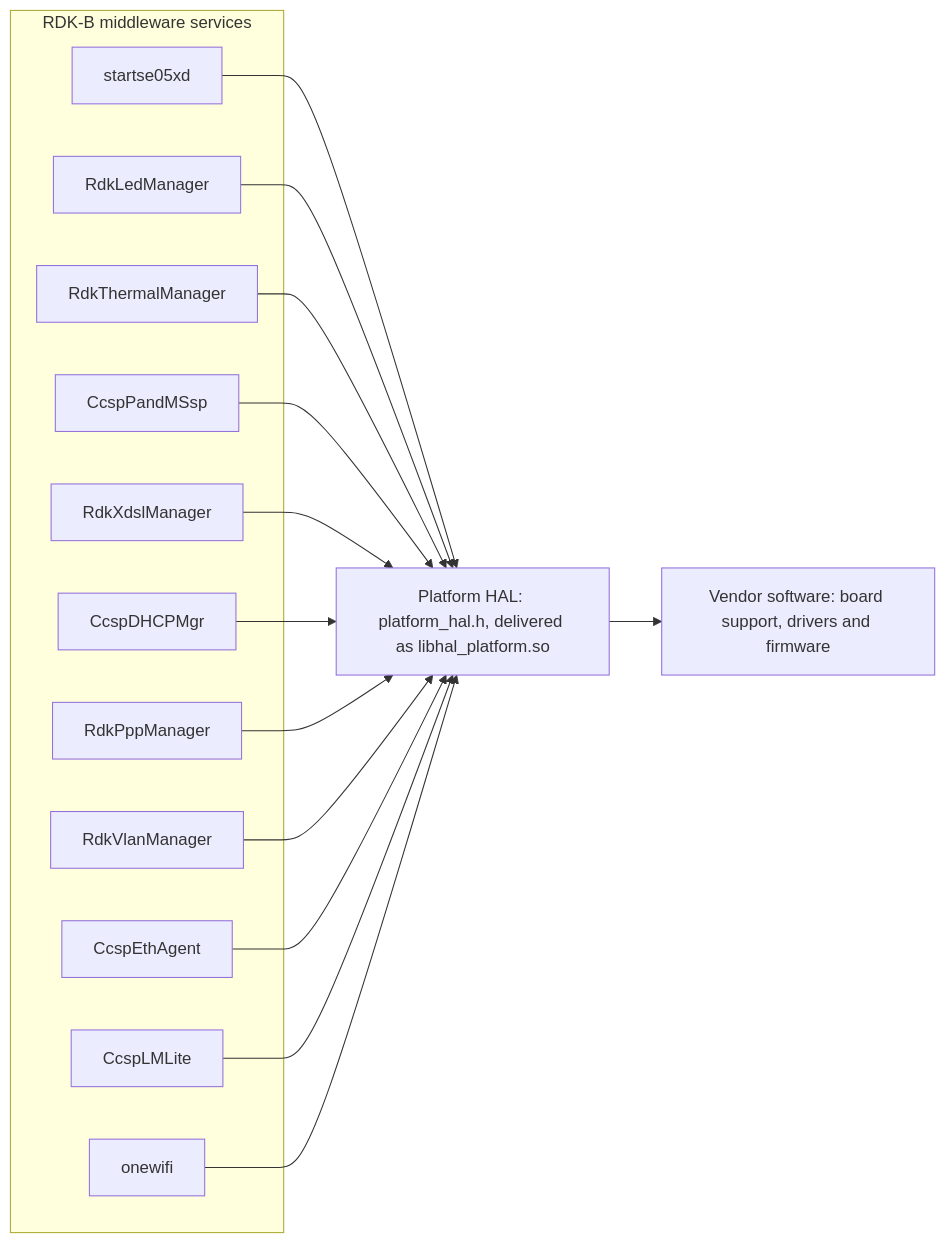
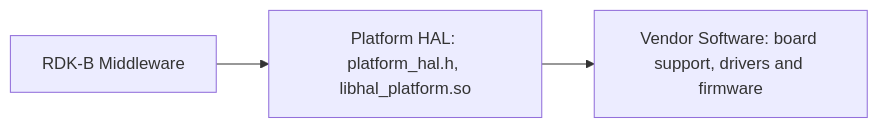
Before and after one commit to Blitzy-Sky/rdkb-halif-platform: the first of 2 diagrams in docs/pages/halSpec.md, drawn with Mermaid. The commit also changed other lines of this file, not shown here.

First line of the commit message:
docs: simplify the Platform_HAL specification

````diff
--- a/docs/pages/halSpec.md
+++ b/docs/pages/halSpec.md
@@ -92,30 +41,5 @@
 ```mermaid
 flowchart LR
-    subgraph stack["RDK-B middleware services"]
-        s1["startse05xd"]
-        s2["RdkLedManager"]
-        s3["RdkThermalManager"]
-        s4["CcspPandMSsp"]
-        s5["RdkXdslManager"]
-        s6["CcspDHCPMgr"]
-        s7["RdkPppManager"]
-        s8["RdkVlanManager"]
-        s9["CcspEthAgent"]
-        s10["CcspLMLite"]
-        s11["onewifi"]
-    end
-    hal["Platform HAL: platform_hal.h, delivered as libhal_platform.so"]
-    vendor["Vendor software: board support, drivers and firmware"]
-    s1 --> hal
-    s2 --> hal
-    s3 --> hal
-    s4 --> hal
-    s5 --> hal
-    s6 --> hal
-    s7 --> hal
-    s8 --> hal
-    s9 --> hal
-    s10 --> hal
-    s11 --> hal
-    hal --> vendor
+    caller["RDK-B Middleware"] --> hal["Platform HAL: platform_hal.h, libhal_platform.so"]
+    hal --> vendor["Vendor Software: board support, drivers and firmware"]
 ```
````
